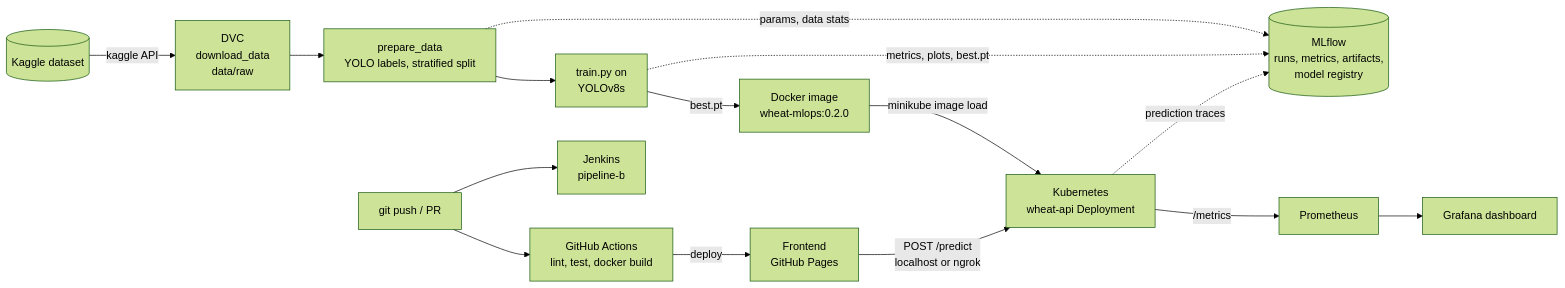
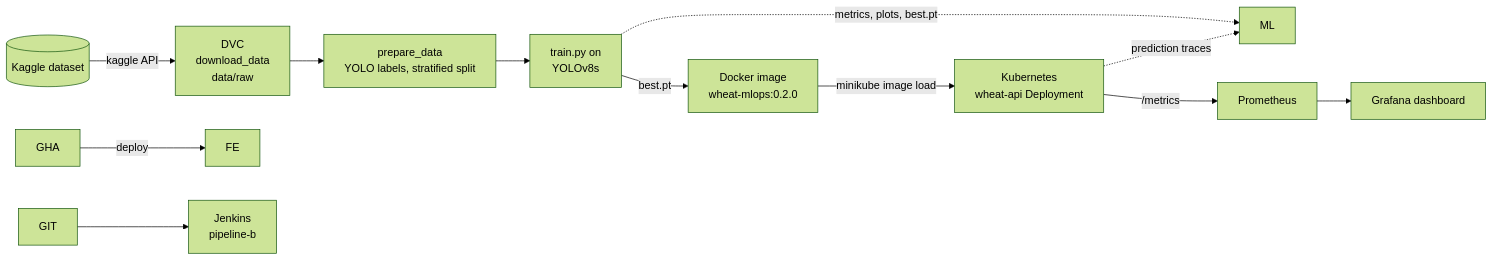
The diagram in README.md (Saatvik-Sinha/wheat-mlops), drawn with Mermaid (forest theme) before and after one commit. The commit also changed other lines of this file, not shown here.

````diff
--- a/README.md
+++ b/README.md
@@ -67,17 +63,14 @@
 ```mermaid
 flowchart LR
     K[(Kaggle dataset)] -->|kaggle API| DVC[DVC<br/>download_data<br/>data/raw]
     DVC --> PREP[prepare_data<br/>YOLO labels, stratified split]
     PREP --> TRAIN[train.py on <br/>YOLOv8s]
-    PREP -.->|"params, data stats"| ML[(MLflow<br/>runs, metrics, artifacts,<br/>model registry)]
     TRAIN -.->|"metrics, plots, best.pt"| ML
     TRAIN -->|best.pt| DOCKER[Docker image<br/>wheat-mlops:0.2.0]
     DOCKER -->|minikube image load| K8S[Kubernetes<br/>wheat-api Deployment]
     K8S -->|/metrics| PROM[Prometheus]
     PROM --> GRAF[Grafana dashboard]
     K8S -.->|"prediction traces"| ML
-    FE[Frontend<br/>GitHub Pages] -->|POST /predict<br/>localhost or ngrok| K8S
-    GIT[git push / PR] --> GHA[GitHub Actions<br/>lint, test, docker build]
     GHA -->|deploy| FE
     GIT --> JEN[Jenkins<br/>pipeline-b]
 ```
````
